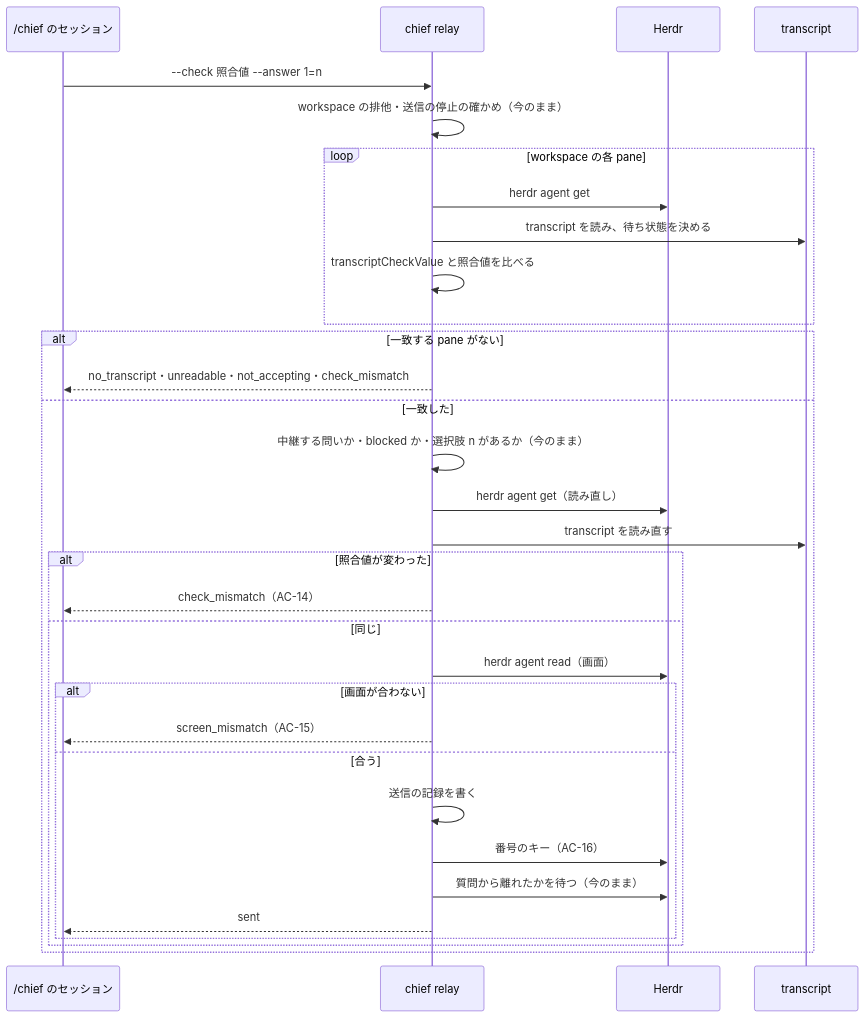
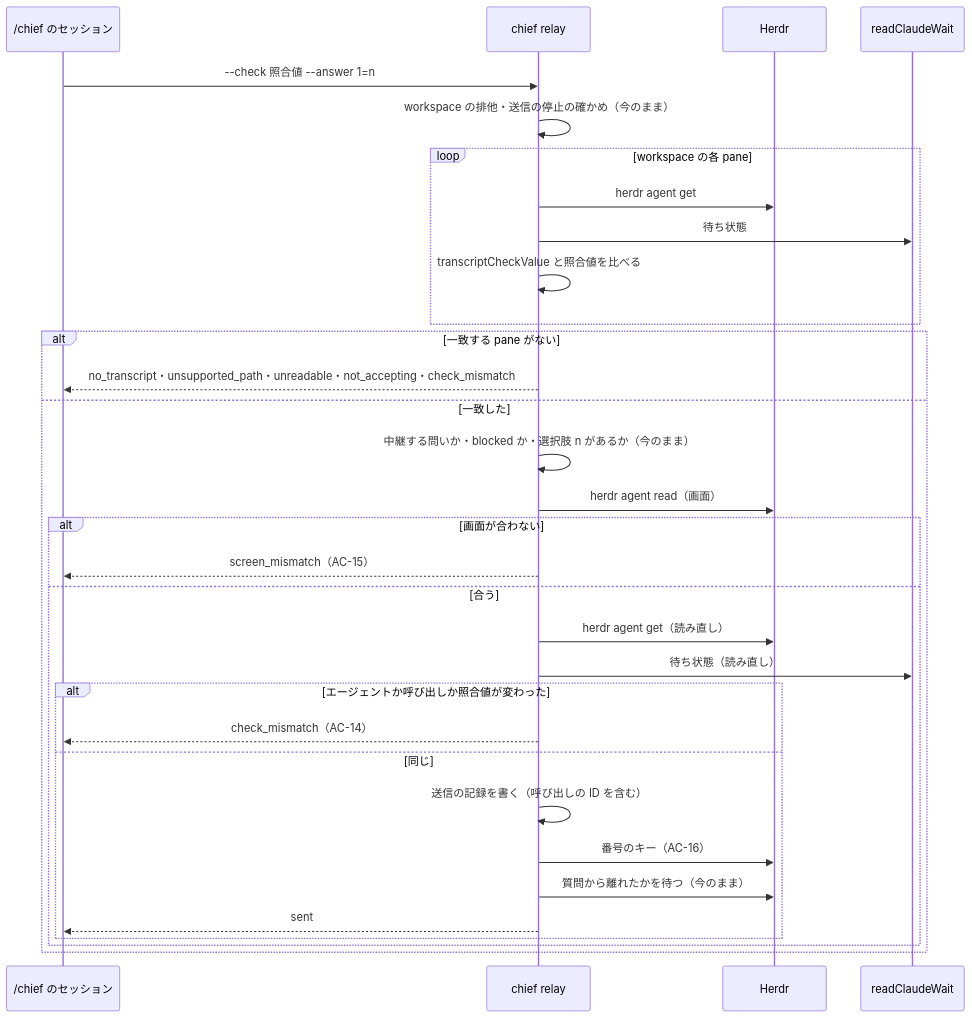
Before and after one commit to isseis/yt2column: the seventh of 7 diagrams in docs/tasks/0096_chief_question_transcript/02_architecture.md, drawn with Mermaid. The commit also changed other lines of this file, not shown here.

First line of the commit message:
docs(0096): address the architecture review and Japanese prose findings

````diff
--- a/docs/tasks/0096_chief_question_transcript/02_architecture.md
+++ b/docs/tasks/0096_chief_question_transcript/02_architecture.md
@@ -653,35 +763,35 @@
 ```mermaid
 sequenceDiagram
     participant S as /chief のセッション
     participant R as chief relay
     participant H as Herdr
-    participant T as transcript
+    participant W as readClaudeWait
 
     S->>R: --check 照合値 --answer 1=n
     R->>R: workspace の排他・送信の停止の確かめ（今のまま）
     loop workspace の各 pane
         R->>H: herdr agent get
-        R->>T: transcript を読み、待ち状態を決める
+        R->>W: 待ち状態
         R->>R: transcriptCheckValue と照合値を比べる
     end
     alt 一致する pane がない
-        R-->>S: no_transcript・unreadable・not_accepting・check_mismatch
+        R-->>S: no_transcript・unsupported_path・unreadable・not_accepting・check_mismatch
     else 一致した
         R->>R: 中継する問いか・blocked か・選択肢 n があるか（今のまま）
-        R->>H: herdr agent get（読み直し）
-        R->>T: transcript を読み直す
-        alt 照合値が変わった
-            R-->>S: check_mismatch（AC-14）
-        else 同じ
-            R->>H: herdr agent read（画面）
-            alt 画面が合わない
-                R-->>S: screen_mismatch（AC-15）
-            else 合う
-                R->>R: 送信の記録を書く
+        R->>H: herdr agent read（画面）
+        alt 画面が合わない
+            R-->>S: screen_mismatch（AC-15）
+        else 合う
+            R->>H: herdr agent get（読み直し）
+            R->>W: 待ち状態（読み直し）
+            alt エージェントか呼び出しか照合値が変わった
+                R-->>S: check_mismatch（AC-14）
+            else 同じ
+                R->>R: 送信の記録を書く（呼び出しの ID を含む）
                 R->>H: 番号のキー（AC-16）
                 R->>H: 質問から離れたかを待つ（今のまま）
                 R-->>S: sent
             end
         end
     end
 ```
````
